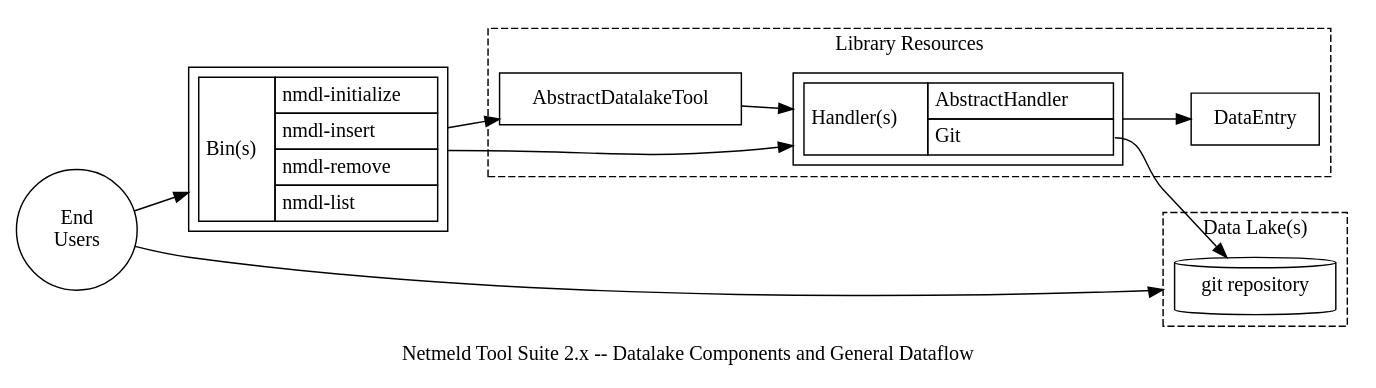
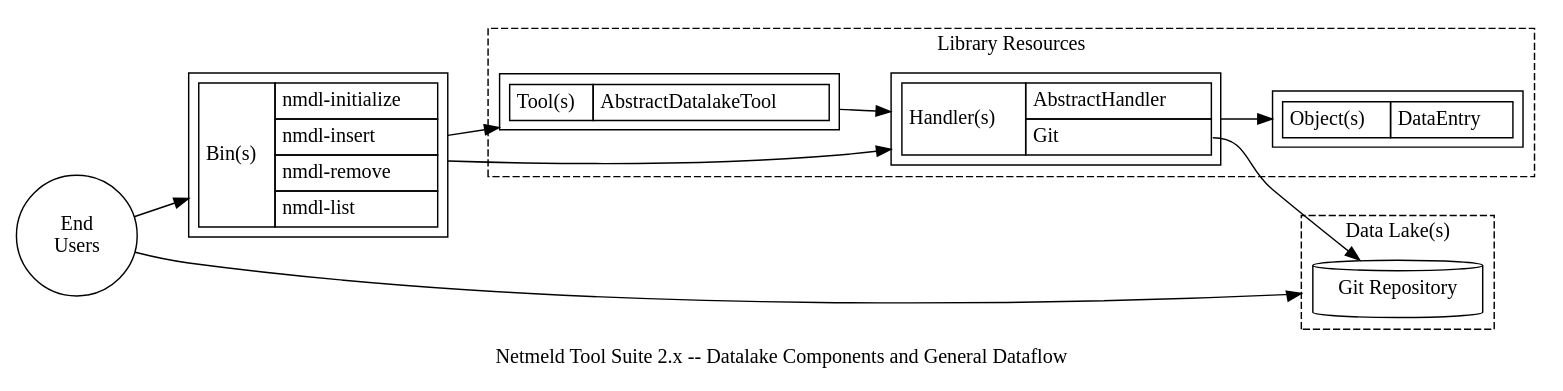
The diagram in datalake/docs/netmeld-datalake-workflow.dot (netmeld/netmeld), drawn with Graphviz before and after one commit. The commit also changed 4 other files, not shown here.

```diff
--- a/datalake/docs/netmeld-datalake-workflow.dot
+++ b/datalake/docs/netmeld-datalake-workflow.dot
@@ -1,59 +1,64 @@
 digraph G {
   rankdir=LR;
   nodesep=0.5;
   ranksep=0.5;
   newrank=true;
   splines=spline;
   compound=true;
   concentrate=true;
 
   label="Netmeld Tool Suite 2.x -- Datalake Components and General Dataflow";
 
   node[shape="circle"];
   users [label="End\nUsers"];
 
   node[shape="rectangle",margin=0.1];
   bins [label=<
     <table border="0" cellborder="1" cellspacing="0" cellpadding="4">
       <tr><td rowspan="5">Bin(s)</td></tr>
       <tr><td align="left">nmdl-initialize</td></tr>
       <tr><td align="left">nmdl-insert</td></tr>
       <tr><td align="left">nmdl-remove</td></tr>
       <tr><td align="left">nmdl-list</td></tr>
     </table>>];
 
   subgraph cluster_lib {
     label="Library Resources";
     style="dashed";
 
-    node[shape="rectangle"];
-    objects [label="DataEntry"];
-    tools [label="AbstractDatalakeTool"];
-
-    node[shape="none",margin=0];
     node[shape="rectangle",margin=0.1];
+    objects [label=<
+      <table border="0" cellborder="1" cellspacing="0" cellpadding="4">
+        <tr><td rowspan="2">Object(s)</td></tr>
+        <tr><td align="left">DataEntry</td></tr>
+      </table>>];
+    tools [label=<
+      <table border="0" cellborder="1" cellspacing="0" cellpadding="4">
+        <tr><td rowspan="2">Tool(s)</td></tr>
+        <tr><td align="left">AbstractDatalakeTool</td></tr>
+      </table>>];
     handlers [label=<
       <table border="0" cellborder="1" cellspacing="0" cellpadding="4">
         <tr><td rowspan="3">Handler(s)</td></tr>
         <tr><td align="left">AbstractHandler</td></tr>
         <tr><td align="left" port="git">Git</td></tr>
       </table>>];
   }
 
   subgraph cluster_datalake {
     label="Data Lake(s)";
     style="dashed";
 
     node [shape="cylinder"];
-    git [label="git repository"];
+    git [label="Git Repository"];
   }
   
 
   users->bins;
   users->git [lhead=cluster_datalake];
   bins->tools;
   bins->handlers;
   tools->handlers;
   handlers->objects;
   handlers:git->git;
 }
```
